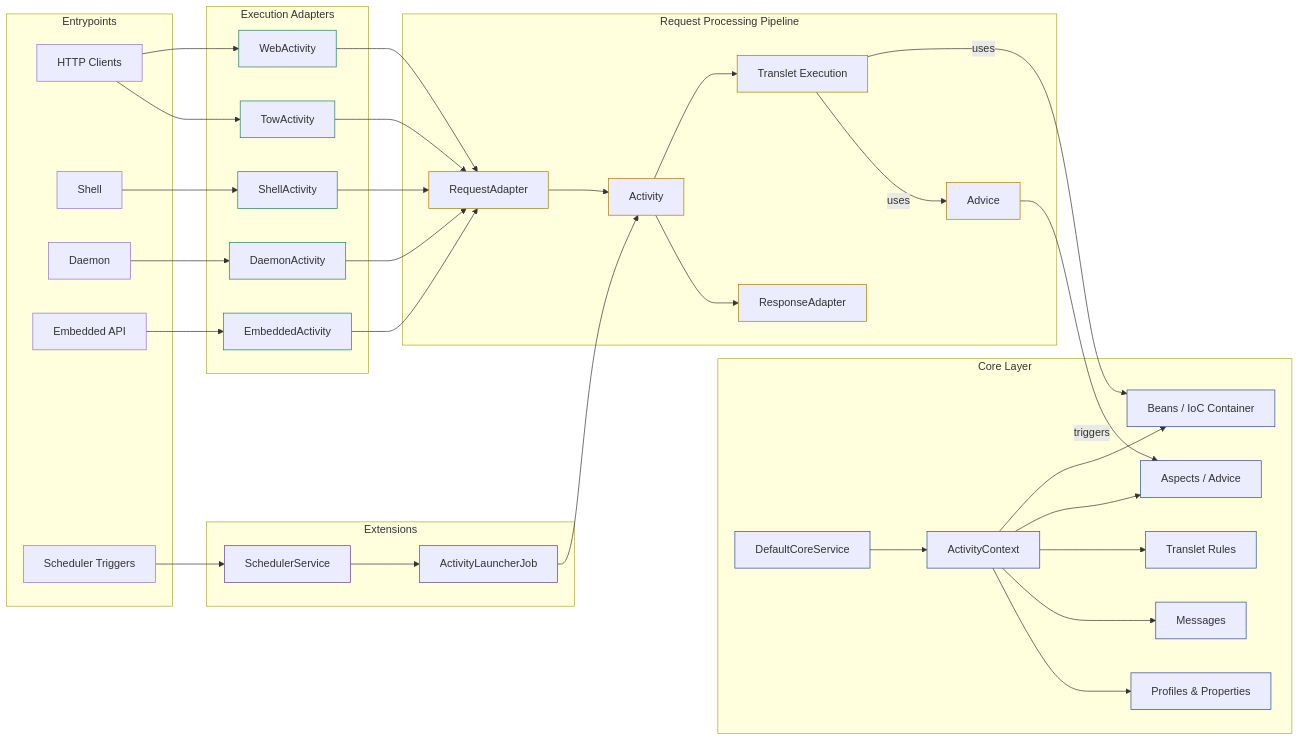
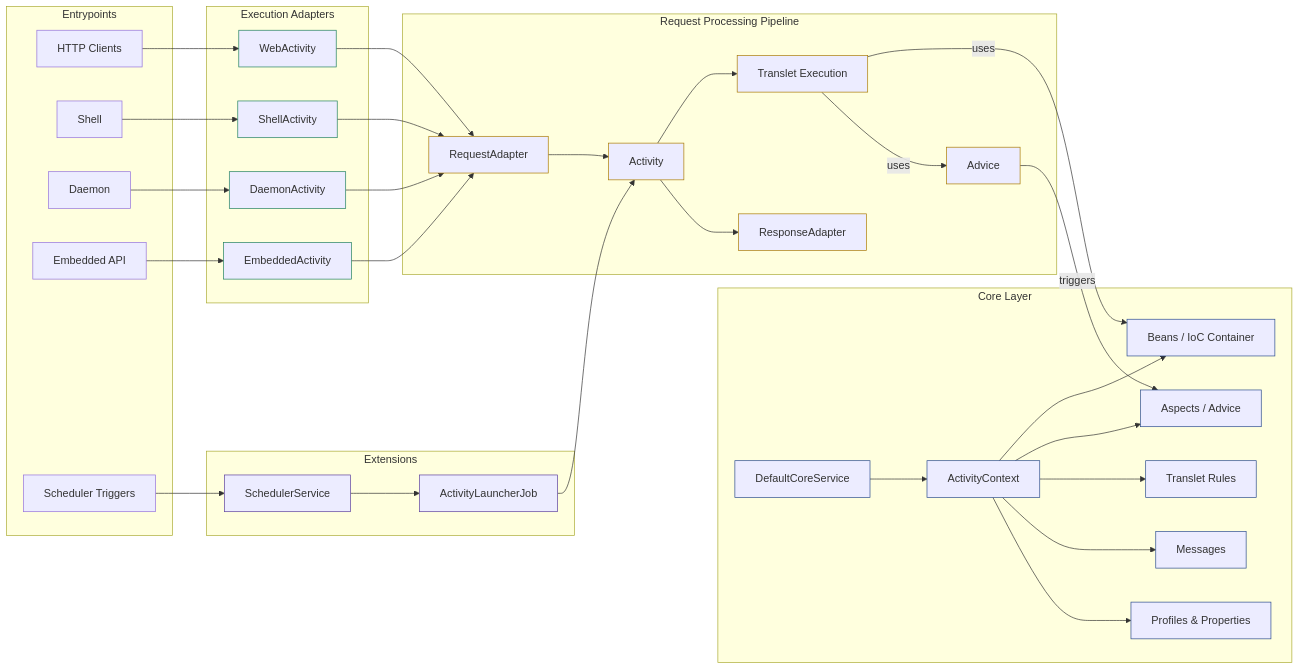
The third of 9 diagrams in _pages/ko/docs/guides/aspectran-architecture-diagrams.md (aspectran/aspectran.github.io), drawn with Mermaid before and after one commit. The commit also changed other lines of this file and 1 other file, not shown here.

````diff
--- a/_pages/ko/docs/guides/aspectran-architecture-diagrams.md
+++ b/_pages/ko/docs/guides/aspectran-architecture-diagrams.md
@@ -190,80 +200,79 @@
 ```mermaid
 flowchart LR
   %% Clients / Triggers
   subgraph Entrypoints[Entrypoints]
     HTTP[HTTP Clients]
     CLI[Shell]
     Daemon[Daemon]
     Embedded[Embedded API]
     Scheduler[Scheduler Triggers]
   end
 
   %% Environment Adapters -> Activities
   subgraph Adapters[Execution Adapters]
     WA[WebActivity]
-    TA[TowActivity]
     SA[ShellActivity]
     DA[DaemonActivity]
     EA[EmbeddedActivity]
   end
 
   %% Core Service & Context
   subgraph Core[Core Layer]
     DCS[DefaultCoreService]
     AC[ActivityContext]
     Beans[Beans / IoC Container]
     AOP[Aspects / Advice]
     Translets[Translet Rules]
     Msg[Messages]
     Env[Profiles & Properties]
   end
 
   %% Pipeline
   subgraph Pipeline[Request Processing Pipeline]
     Req[RequestAdapter]
     Act[Activity]
     TL[Translet Execution]
     Adv[Advice]
     Res[ResponseAdapter]
   end
 
   %% Extensions
   subgraph Ext[Extensions]
     Sch[SchedulerService]
     AJ[ActivityLauncherJob]
   end
 
   %% Flows from entrypoints to adapters
-  HTTP --> WA & TA
+  HTTP --> WA
   CLI --> SA
   Daemon --> DA
   Embedded --> EA
   Scheduler --> Sch
 
   %% Adapters run pipeline
-  WA & TA & SA & DA & EA --> Req
+  WA & SA & DA & EA --> Req
 
   %% Core service builds context
   DCS --> AC
   AC --> Beans & AOP & Translets & Msg & Env
 
   %% Pipeline interacts with context
   Req --> Act --> TL
   TL -- uses --> Beans & Adv
   Adv -- triggers --> AOP
   Act --> Res
 
   %% Scheduler triggers Activities
   Sch --> AJ --> Act
 
   %% Styling
   classDef core stroke:#2a4b8d,stroke-width:1px;
   classDef pipe stroke:#aa7a00,stroke-width:1px;
   classDef adapt stroke:#1e7f5c,stroke-width:1px;
   classDef ext stroke:#5a3e9b,stroke-width:1px;
 
   class DCS,AC,Beans,AOP,Translets,Msg,Env core
   class Req,Act,TL,Adv,Res pipe
-  class WA,TA,SA,DA,EA adapt
+  class WA,SA,DA,EA adapt
   class Sch,AJ ext
 ```
````
